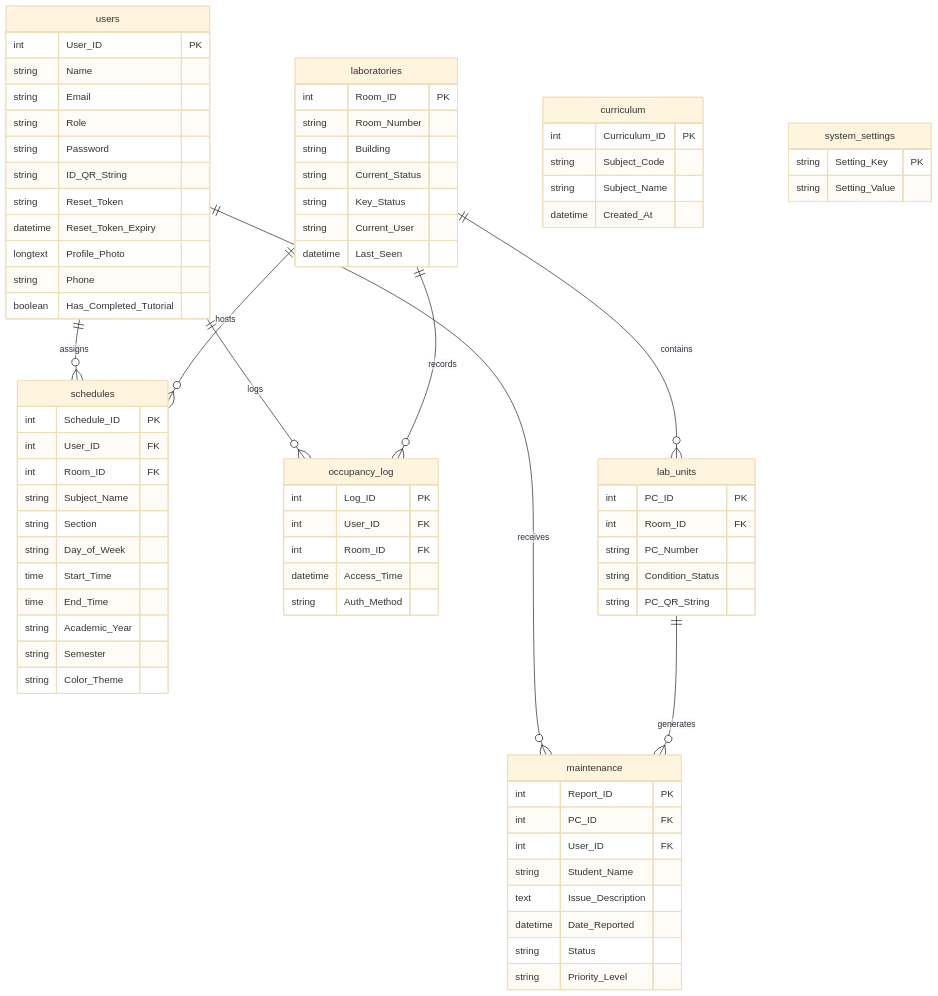
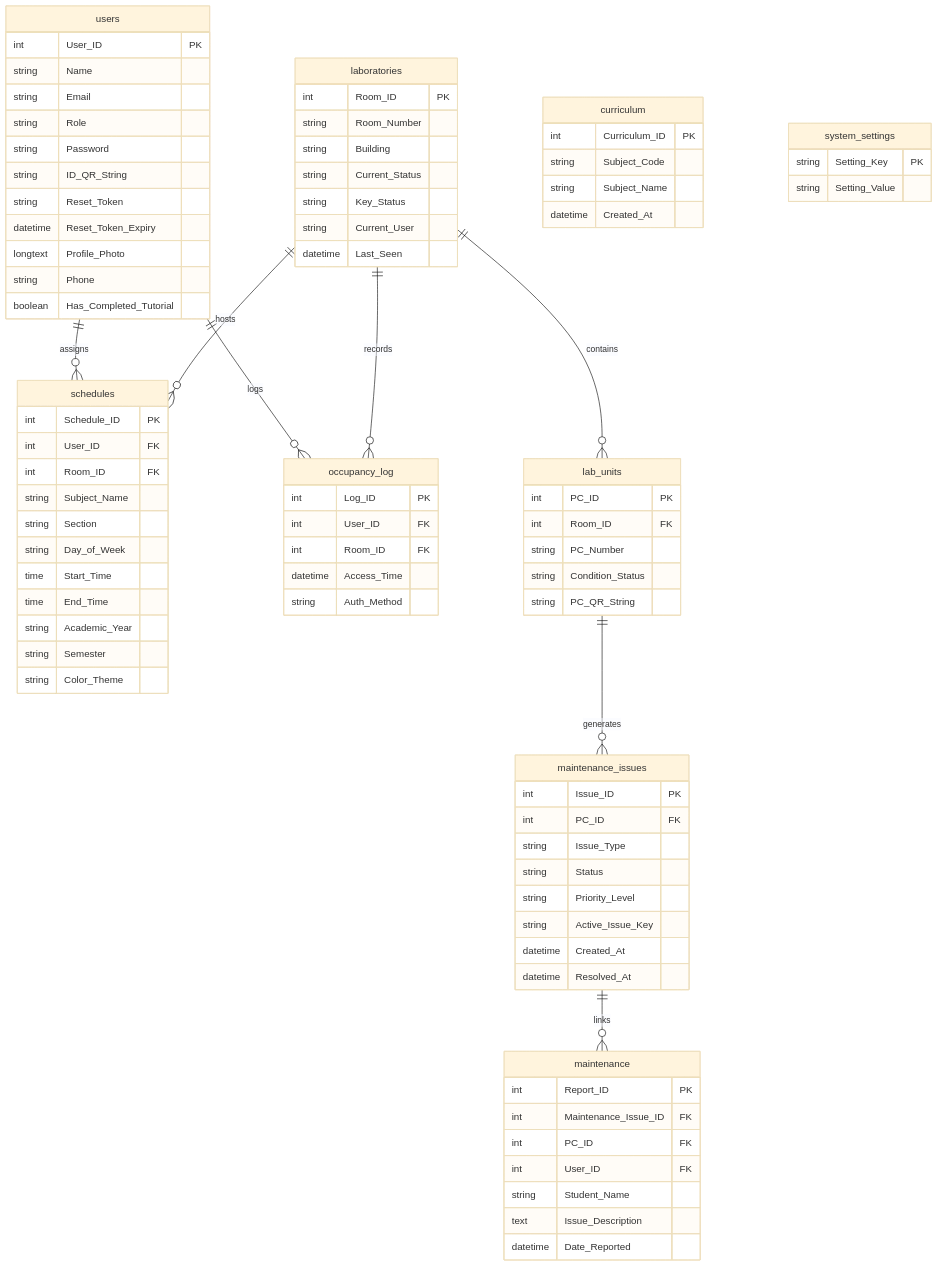
One commit to slushiiplayz13-ctrl/Labsync-BULSU-Sarmiento- changed the sixth of 6 diagrams in CHAPTER-1-5-SYSTEM-DOCUMENTATION.md. Above: the diagram before and after it, drawn with Mermaid (base theme). The commit also changed other lines of this file and 112 other files, not shown here.

Commit message:
feat: implement full-stack LabSync architecture with role-based auth, IoT integration, maintenance tracking, and key management systems

```diff
--- a/CHAPTER-1-5-SYSTEM-DOCUMENTATION.md
+++ b/CHAPTER-1-5-SYSTEM-DOCUMENTATION.md
@@ -403,11 +410,11 @@
 erDiagram
     users ||--o{ schedules : assigns
     users ||--o{ occupancy_log : logs
-    users ||--o{ maintenance : receives
     laboratories ||--o{ lab_units : contains
     laboratories ||--o{ schedules : hosts
     laboratories ||--o{ occupancy_log : records
-    lab_units ||--o{ maintenance : generates
+    lab_units ||--o{ maintenance_issues : generates
+    maintenance_issues ||--o{ maintenance : links
 
     users {
         int User_ID PK
@@ -441,15 +448,25 @@
         string PC_QR_String
     }
 
+    maintenance_issues {
+        int Issue_ID PK
+        int PC_ID FK
+        string Issue_Type
+        string Status
+        string Priority_Level
+        string Active_Issue_Key
+        datetime Created_At
+        datetime Resolved_At
+    }
+
     maintenance {
         int Report_ID PK
+        int Maintenance_Issue_ID FK
         int PC_ID FK
         int User_ID FK
         string Student_Name
         text Issue_Description
         datetime Date_Reported
-        string Status
-        string Priority_Level
     }
 
     schedules {
```
